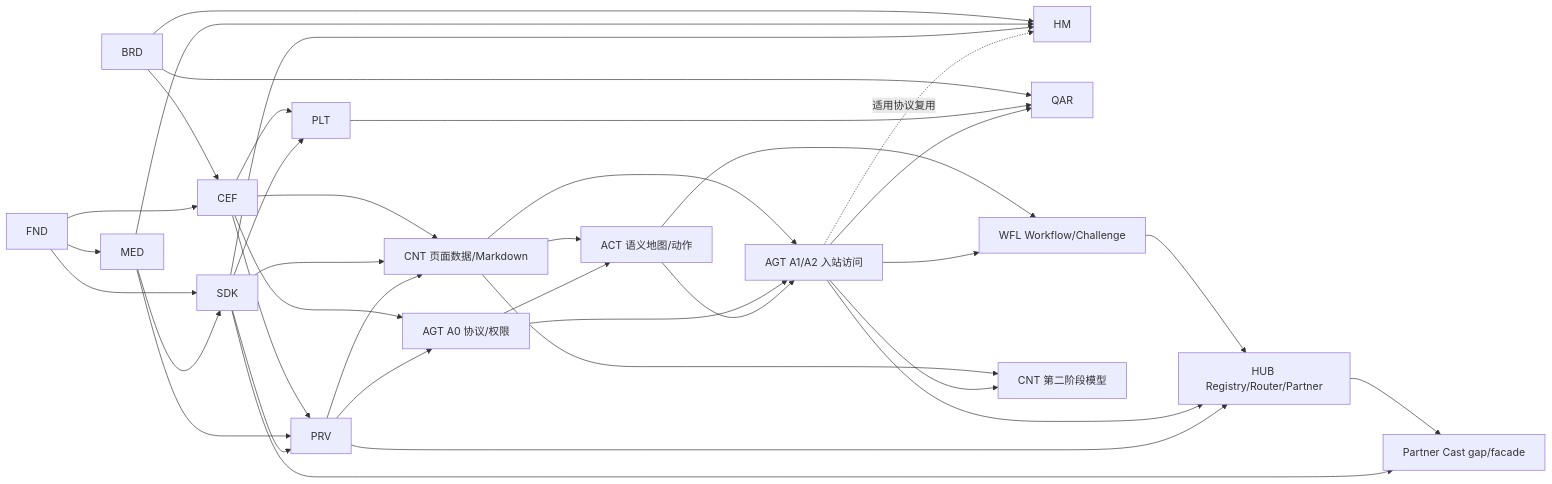
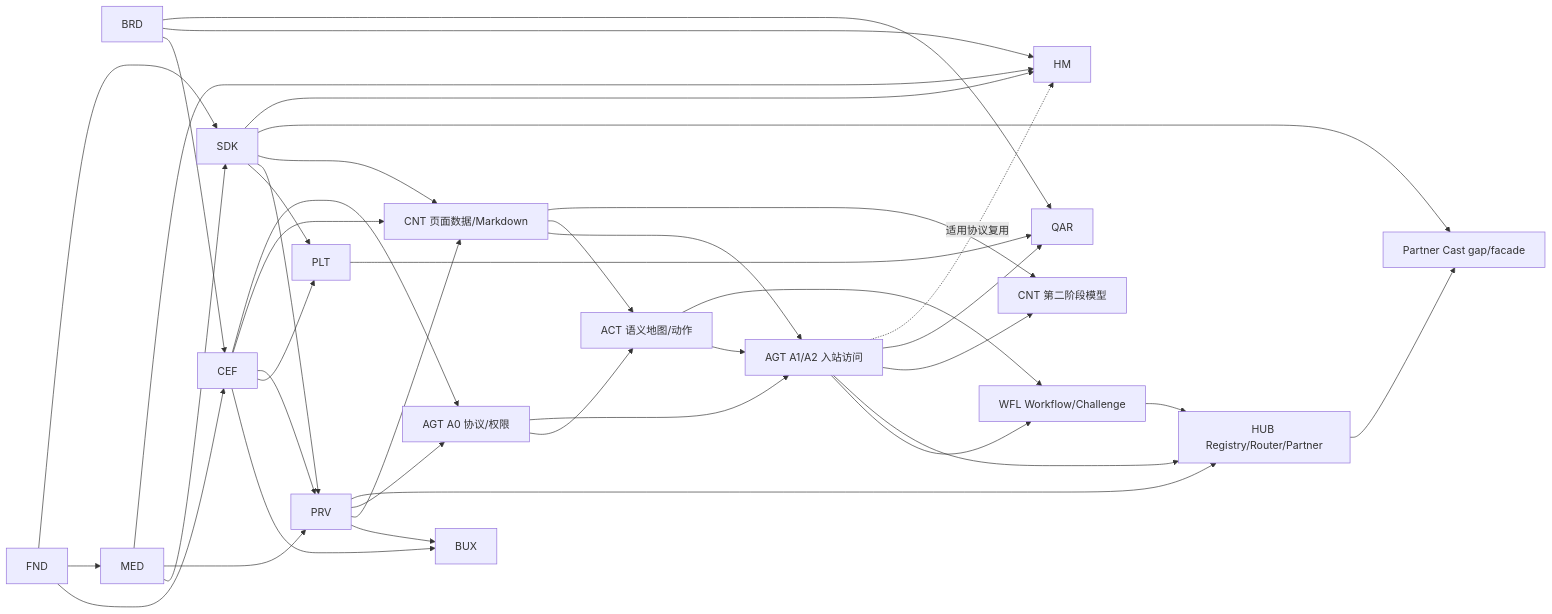
One commit to shenyingjun5/crayon-browser changed the diagram in docs/crayon-private-cast-browser-roadmap.md. Above: the diagram before and after it, drawn with Mermaid. The commit also changed other lines of this file and 47 other files, not shown here.

Commit message:
Add CEF browser bootstrap and UX roadmap

````diff
--- a/docs/crayon-private-cast-browser-roadmap.md
+++ b/docs/crayon-private-cast-browser-roadmap.md
@@ -53,39 +54,41 @@
 ```mermaid
 flowchart LR
   BRD --> CEF
   BRD --> HM
   BRD --> QAR
   FND --> CEF
+  CEF --> BUX
+  PRV --> BUX
   FND --> MED
   FND --> SDK
   MED --> SDK
   CEF --> PLT
   SDK --> PLT
   CEF --> PRV
   MED --> PRV
   SDK --> PRV
   CEF --> CNT["CNT 页面数据/Markdown"]
   SDK --> CNT
   PRV --> CNT
   CEF --> AGT0["AGT A0 协议/权限"]
   PRV --> AGT0
   CNT --> AGT1["AGT A1/A2 入站访问"]
   CNT --> ACT["ACT 语义地图/动作"]
   AGT0 --> ACT
   AGT0 --> AGT1
   ACT --> AGT1
   ACT --> WFL["WFL Workflow/Challenge"]
   AGT1 --> WFL
   WFL --> HUB["HUB Registry/Router/Partner"]
   AGT1 --> HUB
   PRV --> HUB
   CNT --> MODEL["CNT 第二阶段模型"]
   AGT1 --> MODEL
   HUB --> PC["Partner Cast gap/facade"]
   SDK --> PC
   PLT --> QAR
   AGT1 --> QAR
   MED --> HM
   SDK --> HM
   AGT1 -. "适用协议复用" .-> HM
 ```
````
